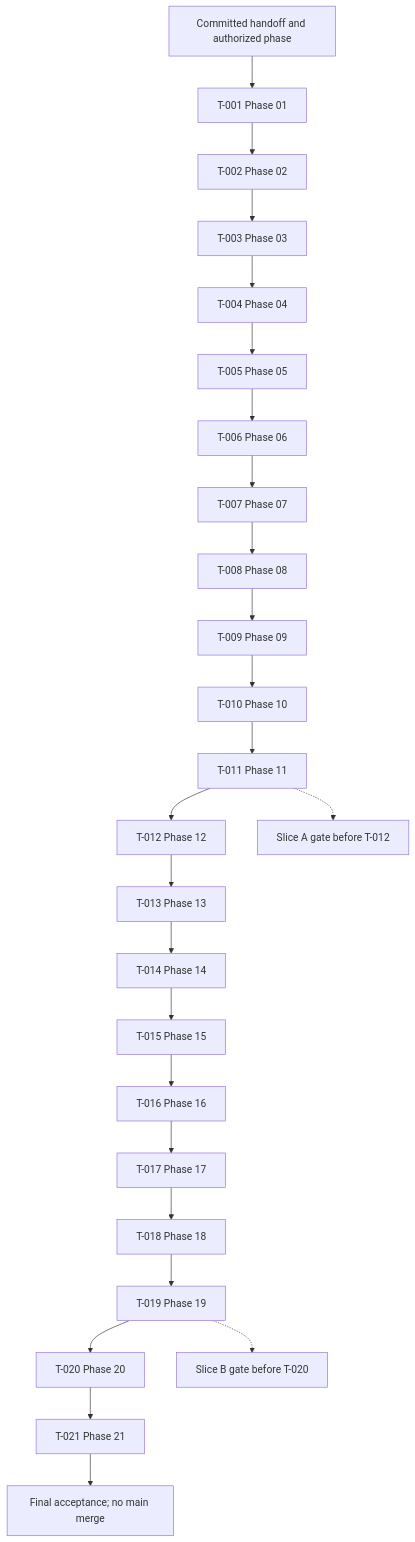
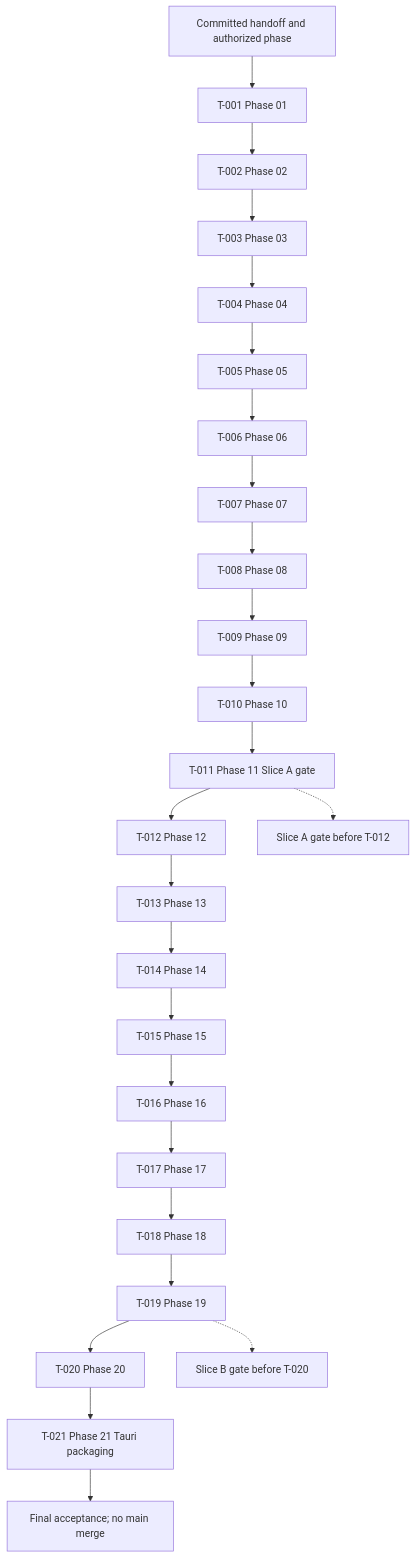
Before and after one commit to PraiseSinkamba/trade-journal: the diagram in docs/orchestration/ai-native-journal/dependency-graph.md, drawn with Mermaid. The commit also changed other lines of this file and 8 other files, not shown here.

First line of the commit message:
Defer desktop packaging to the release phase so feature work is not blocked

````diff
--- a/docs/orchestration/ai-native-journal/dependency-graph.md
+++ b/docs/orchestration/ai-native-journal/dependency-graph.md
@@ -5,49 +5,49 @@
 ```mermaid
 flowchart TD
   BOOT[Committed handoff and authorized phase]
   T001["T-001 Phase 01"]
   T002["T-002 Phase 02"]
   T003["T-003 Phase 03"]
   T004["T-004 Phase 04"]
   T005["T-005 Phase 05"]
   T006["T-006 Phase 06"]
   T007["T-007 Phase 07"]
   T008["T-008 Phase 08"]
   T009["T-009 Phase 09"]
   T010["T-010 Phase 10"]
-  T011["T-011 Phase 11"]
+  T011["T-011 Phase 11 Slice A gate"]
   T012["T-012 Phase 12"]
   T013["T-013 Phase 13"]
   T014["T-014 Phase 14"]
   T015["T-015 Phase 15"]
   T016["T-016 Phase 16"]
   T017["T-017 Phase 17"]
   T018["T-018 Phase 18"]
   T019["T-019 Phase 19"]
   T020["T-020 Phase 20"]
-  T021["T-021 Phase 21"]
+  T021["T-021 Phase 21 Tauri packaging"]
   BOOT --> T001
   T001 --> T002
   T002 --> T003
   T003 --> T004
   T004 --> T005
   T005 --> T006
   T006 --> T007
   T007 --> T008
   T008 --> T009
   T009 --> T010
   T010 --> T011
   T011 --> T012
   T012 --> T013
   T013 --> T014
   T014 --> T015
   T015 --> T016
   T016 --> T017
   T017 --> T018
   T018 --> T019
   T019 --> T020
   T020 --> T021
   T011 -.-> GA[Slice A gate before T-012]
   T019 -.-> GB[Slice B gate before T-020]
   T021 --> DONE[Final acceptance; no main merge]
 ```
````
